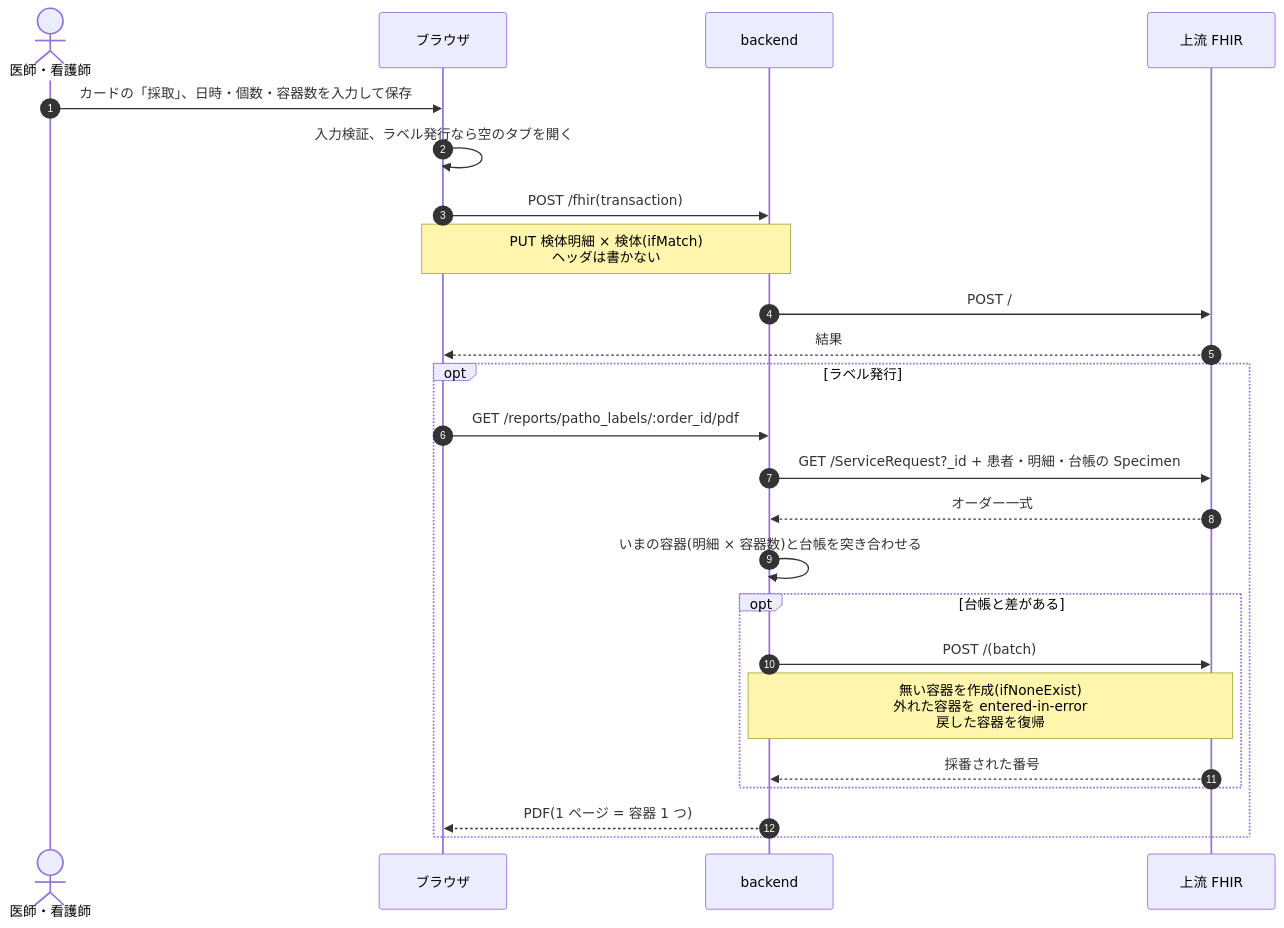
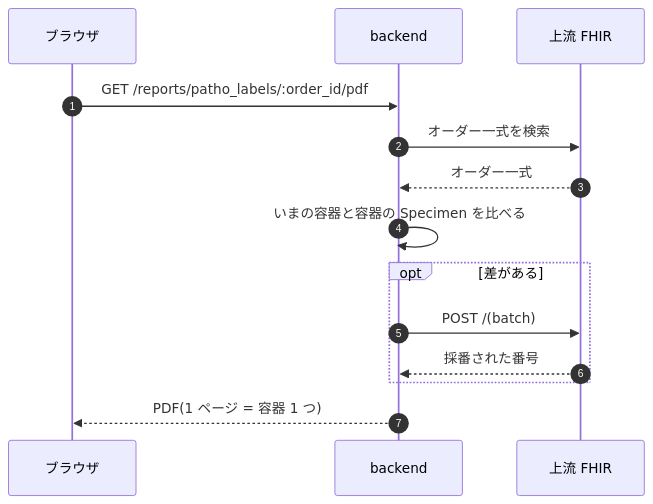
One commit to ysnr-dev/fhir-client-docs changed the fifth of 12 diagrams in docs/dev/patho.md. Above: the diagram before and after it, drawn with Mermaid. The commit also changed other lines of this file and 43 other files, not shown here.

Commit message:
docs: 業務フローとシーケンス図を写し直し

````diff
--- a/docs/dev/patho.md
+++ b/docs/dev/patho.md
@@ -100,27 +269,17 @@
 ```mermaid
 sequenceDiagram
   autonumber
-  actor Staff as 医師・看護師
   participant UI as ブラウザ
   participant BE as backend
   participant FHIR as 上流 FHIR
 
-  Staff->>UI: カードの「採取」、日時・個数・容器数を入力して保存
-  UI->>UI: 入力検証、ラベル発行なら空のタブを開く
-  UI->>BE: POST /fhir(transaction)
-  Note over UI,BE: PUT 検体明細 × 検体(ifMatch)<br/>ヘッダは書かない
-  BE->>FHIR: POST /
-  FHIR-->>UI: 結果
-  opt ラベル発行
-    UI->>BE: GET /reports/patho_labels/:order_id/pdf
-    BE->>FHIR: GET /ServiceRequest?_id + 患者・明細・台帳の Specimen
-    FHIR-->>BE: オーダー一式
-    BE->>BE: いまの容器(明細 × 容器数)と台帳を突き合わせる
-    opt 台帳と差がある
-      BE->>FHIR: POST /(batch)
-      Note over BE,FHIR: 無い容器を作成(ifNoneExist)<br/>外れた容器を entered-in-error<br/>戻した容器を復帰
-      FHIR-->>BE: 採番された番号
-    end
-    BE-->>UI: PDF(1 ページ = 容器 1 つ)
+  UI->>BE: GET /reports/patho_labels/:order_id/pdf
+  BE->>FHIR: オーダー一式を検索
+  FHIR-->>BE: オーダー一式
+  BE->>BE: いまの容器と容器の Specimen を比べる
+  opt 差がある
+    BE->>FHIR: POST /(batch)
+    FHIR-->>BE: 採番された番号
   end
+  BE-->>UI: PDF(1 ページ = 容器 1 つ)
 ```
````
